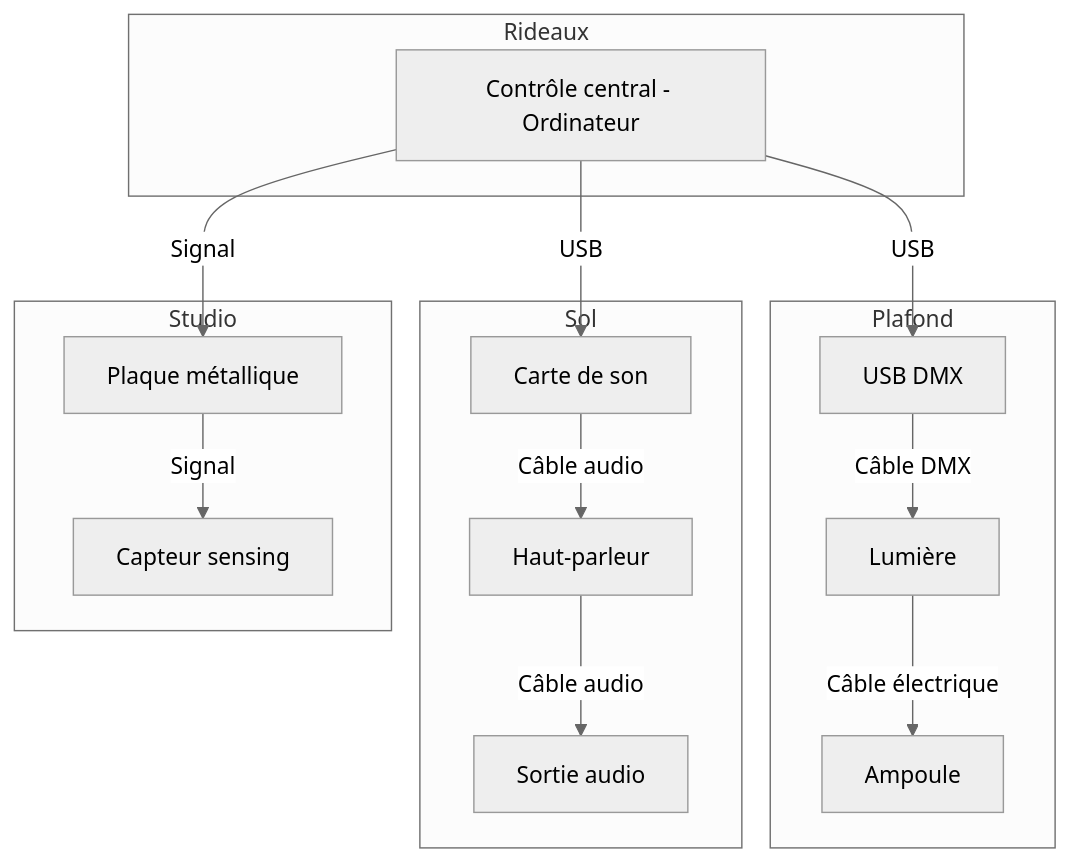
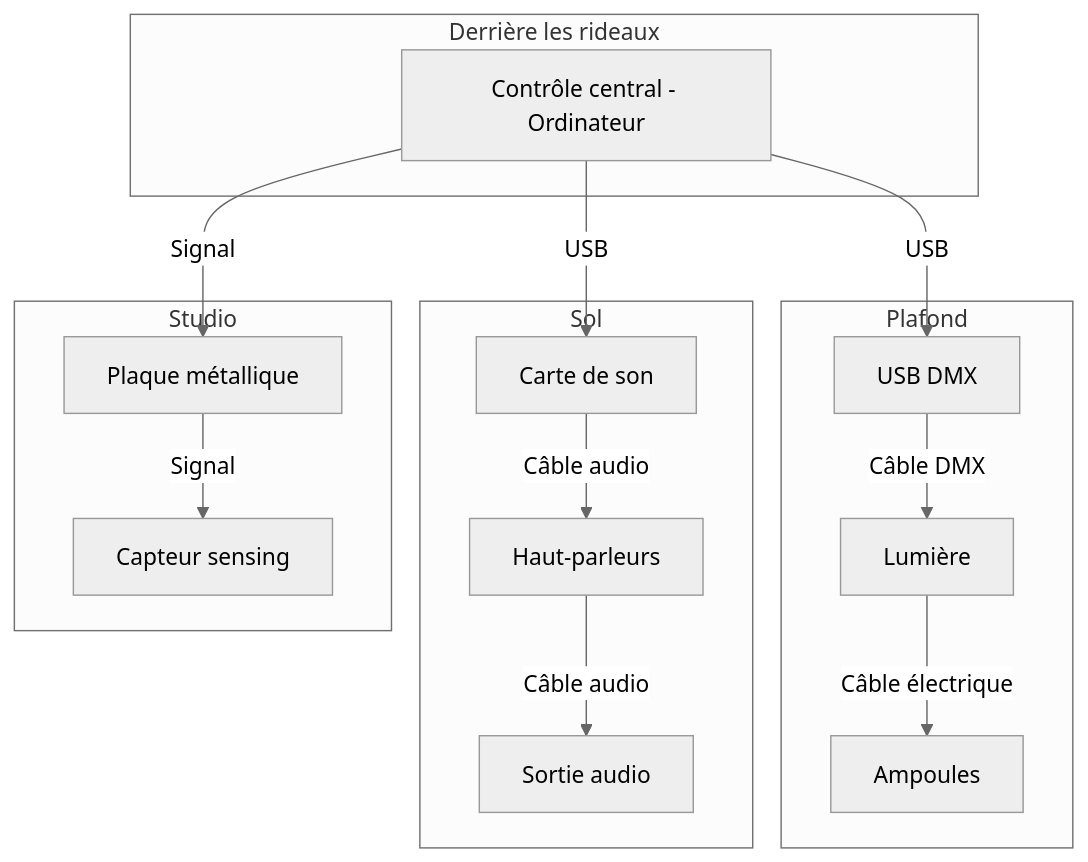
One commit to rprethi/prethiah-docsify-planification changed the diagram in README.md. Above: the diagram before and after it, drawn with Mermaid (neutral theme). The commit also changed other lines of this file, not shown here.

````diff
--- a/README.md
+++ b/README.md
@@ -17,48 +19,48 @@
 ```mermaid
 
 graph TD;
 
     %% Composants
         Ordinateur[Contrôle central - Ordinateur]
         DMX[USB DMX]
         Lumiere[Lumière]
-        Ampoule[Ampoule]
+        Ampoule[Ampoules]
         CarteSon[Carte de son]
-        HautParleur[Haut-parleur]
+        HautParleur[Haut-parleurs]
         SortieAudio[Sortie audio]
         PlaqueMetalique[Plaque métallique]
         CapteurSensing[Capteur sensing]
 
     %% Emplacements
-    subgraph Rideaux
+    subgraph Derrière les rideaux
         Ordinateur
     end
 
     subgraph Plafond
         DMX
         Lumiere
-        Ampoule
+        Ampoule 
     end
 
     subgraph Sol
         CarteSon
         HautParleur
         SortieAudio
     end
 
     subgraph Studio
         PlaqueMetalique
         CapteurSensing
     end
 
     %% Connexions
     Ordinateur -->|USB| DMX
     Ordinateur -->|USB| CarteSon
     Ordinateur -->|Signal| PlaqueMetalique
     PlaqueMetalique -->|Signal| CapteurSensing
     DMX -->|Câble DMX| Lumiere
     Lumiere -->|Câble électrique| Ampoule
     CarteSon -->|Câble audio| HautParleur
     HautParleur -->|Câble audio| SortieAudio
 
 ```
````
